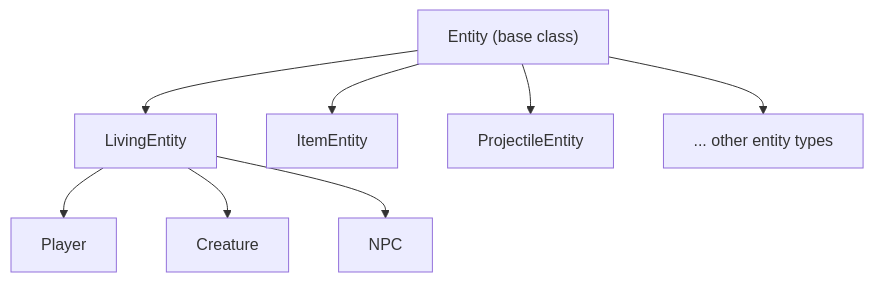
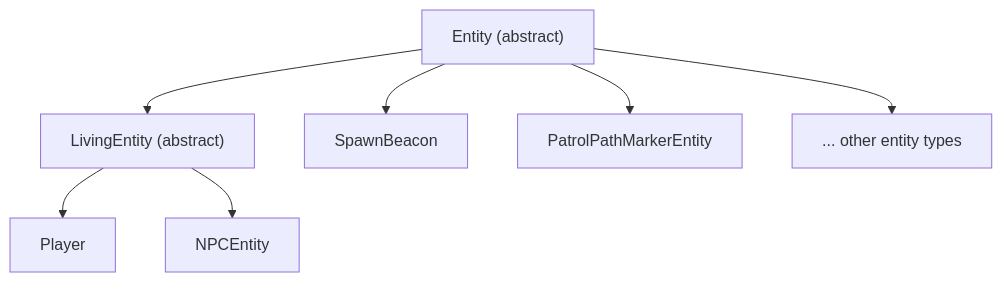
Before and after one commit to ItsRiprod/doctale: the first of 2 diagrams in src/content/docs/plugin-development/entities/overview.mdx, drawn with Mermaid. The commit also changed other lines of this file and 74 other files, not shown here.

````diff
--- a/src/content/docs/plugin-development/entities/overview.mdx
+++ b/src/content/docs/plugin-development/entities/overview.mdx
@@ -26,12 +26,11 @@
 ```mermaid
 flowchart TB
-    Entity["Entity (base class)"]
-    Entity --> LivingEntity
-    Entity --> ItemEntity
-    Entity --> ProjectileEntity
+    Entity["Entity (abstract)"]
+    Entity --> LivingEntity["LivingEntity (abstract)"]
+    Entity --> SpawnBeacon
+    Entity --> PatrolPathMarkerEntity
     Entity --> Other["... other entity types"]
 
     LivingEntity --> Player
-    LivingEntity --> Creature
-    LivingEntity --> NPC
+    LivingEntity --> NPCEntity
 ```
````
